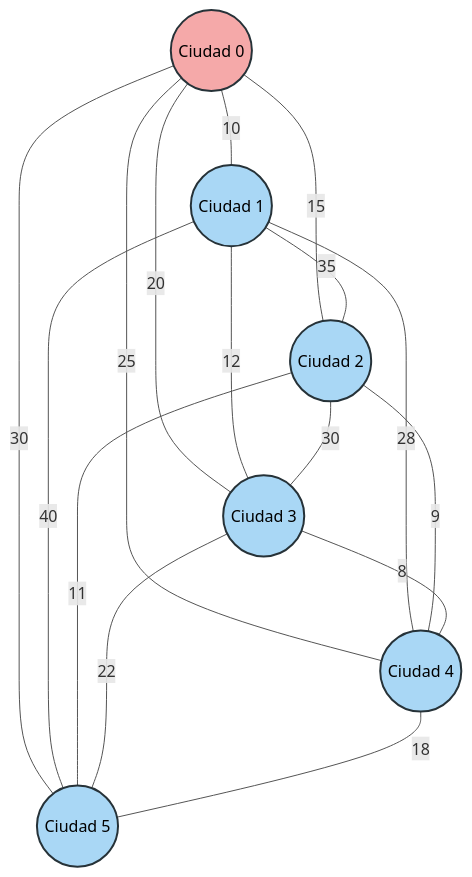
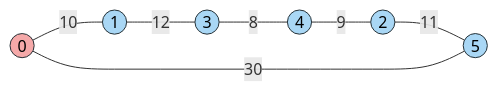
The diagram in 03-heuristicas/02-viajante-por-vecino-mas-cercano/README.md (diestrah/Algoritmos-Avanzados), drawn with Mermaid before and after one commit. The commit also changed other lines of this file, not shown here.

````diff
--- a/03-heuristicas/02-viajante-por-vecino-mas-cercano/README.md
+++ b/03-heuristicas/02-viajante-por-vecino-mas-cercano/README.md
@@ -26,37 +26,14 @@
 ```mermaid
-flowchart TB
-    C0((Ciudad 0))
-    C1((Ciudad 1))
-    C2((Ciudad 2))
-    C3((Ciudad 3))
-    C4((Ciudad 4))
-    C5((Ciudad 5))
+flowchart LR
+    C0((0)) ---|10| C1((1))
+    C1 ---|12| C3((3))
+    C3 ---|8| C4((4))
+    C4 ---|9| C2((2))
+    C2 ---|11| C5((5))
+    C5 ---|30| C0
 
-    C0 ---|10| C1
-    C0 ---|15| C2
-    C0 ---|20| C3
-    C0 ---|25| C4
-    C0 ---|30| C5
-
-    C1 ---|35| C2
-    C1 ---|12| C3
-    C1 ---|28| C4
-    C1 ---|40| C5
-
-    C2 ---|30| C3
-    C2 ---|9| C4
-    C2 ---|11| C5
-
-    C3 ---|8| C4
-    C3 ---|22| C5
-
-    C4 ---|18| C5
-
-    classDef ciudad fill:#a9d7f5,stroke:#263238,stroke-width:2px,color:#000
-    classDef origen fill:#f5a9a9,stroke:#263238,stroke-width:2px,color:#000
-
+    classDef ciudad fill:#a9d7f5,stroke:#263238,color:#000
+    classDef origen fill:#f5a9a9,stroke:#263238,color:#000
     class C1,C2,C3,C4,C5 ciudad
     class C0 origen
-
-    linkStyle default stroke:#555,stroke-width:1px
 ```
````
